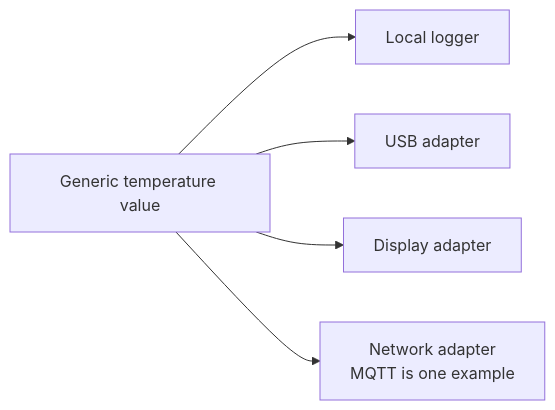
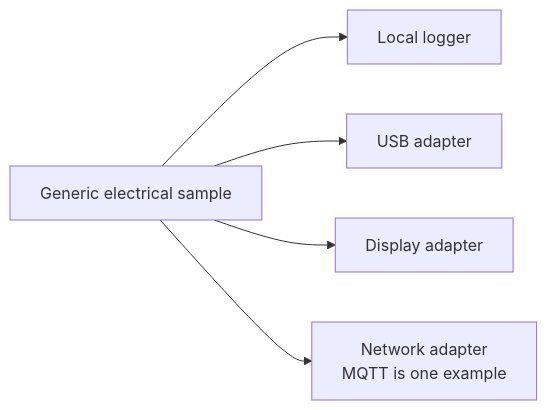
One commit to andreapiccini/SpaghettiLAB changed the second of 18 diagrams in Firmware/core/ARCHITECTURE.md. Above: the diagram before and after it, drawn with Mermaid. The commit also changed other lines of this file and 62 other files, not shown here.

````diff
--- a/Firmware/core/ARCHITECTURE.md
+++ b/Firmware/core/ARCHITECTURE.md
@@ -71,13 +72,13 @@
 ```mermaid
 flowchart LR
-    DATA["Generic temperature value"]
+    DATA["Generic electrical sample"]
     LOG["Local logger"]
     USB["USB adapter"]
     UI["Display adapter"]
     NET["Network adapter <br/> MQTT is one example"]
 
     DATA --> LOG
     DATA --> USB
     DATA --> UI
     DATA --> NET
 ```
````
